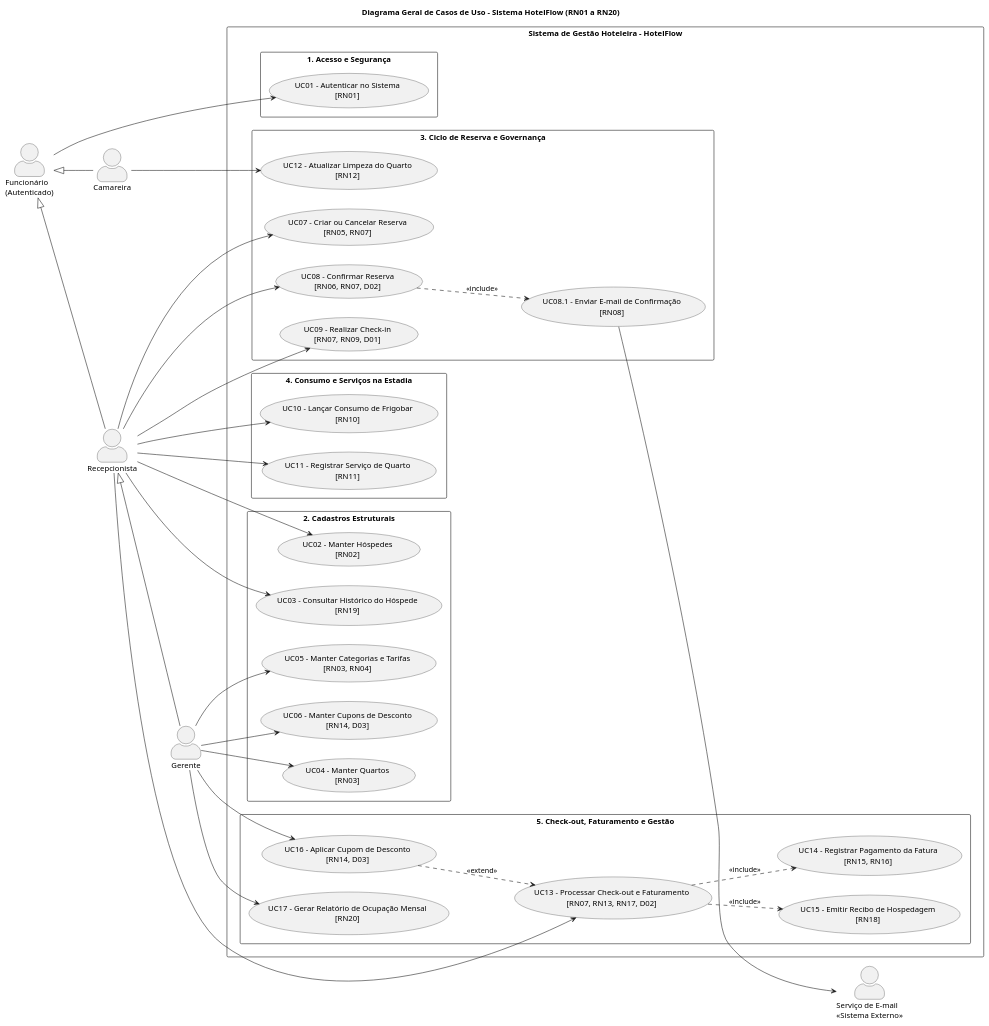
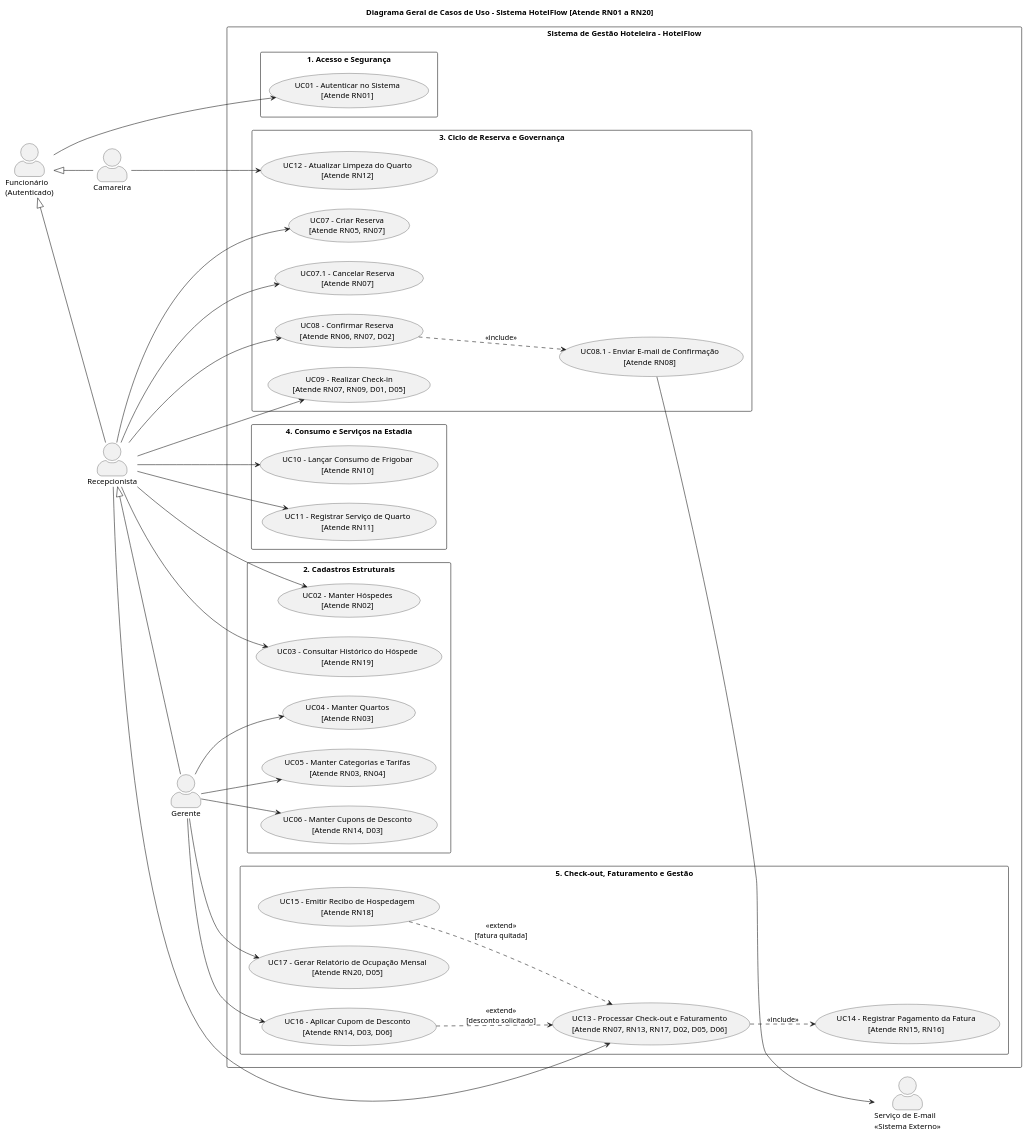
One commit to cauezim/hotelflow-senac changed the diagram in docs/E2_Atores_e_Casos_de_Uso.md. Above: the diagram before and after it, drawn with PlantUML. The commit also changed other lines of this file and 12 other files, not shown here.

Commit message:
docs(E1-E7): consolida modelagem UML completa e caderno vetorial [Atende RN01..RN20]

````diff
--- a/docs/E2_Atores_e_Casos_de_Uso.md
+++ b/docs/E2_Atores_e_Casos_de_Uso.md
@@ -82,7 +85,7 @@
 skinparam actorStyle awesome
 skinparam shadowing false
 
-title Diagrama Geral de Casos de Uso – Sistema HotelFlow (RN01 a RN20)
+title Diagrama Geral de Casos de Uso – Sistema HotelFlow [Atende RN01 a RN20]
 
 actor "Funcionário\n(Autenticado)" as Funcionario
 actor "Camareira" as Camareira
@@ -98,36 +101,37 @@
 rectangle "Sistema de Gestão Hoteleira – HotelFlow" {
 
     package "1. Acesso e Segurança" {
-        usecase "UC01 - Autenticar no Sistema\n[RN01]" as UC01
+        usecase "UC01 - Autenticar no Sistema\n[Atende RN01]" as UC01
     }
 
     package "2. Cadastros Estruturais" {
-        usecase "UC02 - Manter Hóspedes\n[RN02]" as UC02
-        usecase "UC03 - Consultar Histórico do Hóspede\n[RN19]" as UC03
-        usecase "UC04 - Manter Quartos\n[RN03]" as UC04
-        usecase "UC05 - Manter Categorias e Tarifas\n[RN03, RN04]" as UC05
-        usecase "UC06 - Manter Cupons de Desconto\n[RN14, D03]" as UC06
+        usecase "UC02 - Manter Hóspedes\n[Atende RN02]" as UC02
+        usecase "UC03 - Consultar Histórico do Hóspede\n[Atende RN19]" as UC03
+        usecase "UC04 - Manter Quartos\n[Atende RN03]" as UC04
+        usecase "UC05 - Manter Categorias e Tarifas\n[Atende RN03, RN04]" as UC05
+        usecase "UC06 - Manter Cupons de Desconto\n[Atende RN14, D03]" as UC06
     }
 
     package "3. Ciclo de Reserva e Governança" {
-        usecase "UC07 - Criar ou Cancelar Reserva\n[RN05, RN07]" as UC07
-        usecase "UC08 - Confirmar Reserva\n[RN06, RN07, D02]" as UC08
-        usecase "UC08.1 - Enviar E-mail de Confirmação\n[RN08]" as UC08_1
-        usecase "UC09 - Realizar Check-in\n[RN07, RN09, D01]" as UC09
-        usecase "UC12 - Atualizar Limpeza do Quarto\n[RN12]" as UC12
+        usecase "UC07 - Criar Reserva\n[Atende RN05, RN07]" as UC07
+        usecase "UC07.1 - Cancelar Reserva\n[Atende RN07]" as UC07_1
+        usecase "UC08 - Confirmar Reserva\n[Atende RN06, RN07, D02]" as UC08
+        usecase "UC08.1 - Enviar E-mail de Confirmação\n[Atende RN08]" as UC08_1
+        usecase "UC09 - Realizar Check-in\n[Atende RN07, RN09, D01, D05]" as UC09
+        usecase "UC12 - Atualizar Limpeza do Quarto\n[Atende RN12]" as UC12
     }
 
     package "4. Consumo e Serviços na Estadia" {
-        usecase "UC10 - Lançar Consumo de Frigobar\n[RN10]" as UC10
-        usecase "UC11 - Registrar Serviço de Quarto\n[RN11]" as UC11
+        usecase "UC10 - Lançar Consumo de Frigobar\n[Atende RN10]" as UC10
+        usecase "UC11 - Registrar Serviço de Quarto\n[Atende RN11]" as UC11
     }
 
     package "5. Check-out, Faturamento e Gestão" {
-        usecase "UC13 - Processar Check-out e Faturamento\n[RN07, RN13, RN17, D02]" as UC13
-        usecase "UC14 - Registrar Pagamento da Fatura\n[RN15, RN16]" as UC14
-        usecase "UC15 - Emitir Recibo de Hospedagem\n[RN18]" as UC15
-        usecase "UC16 - Aplicar Cupom de Desconto\n[RN14, D03]" as UC16
-        usecase "UC17 - Gerar Relatório de Ocupação Mensal\n[RN20]" as UC17
+        usecase "UC13 - Processar Check-out e Faturamento\n[Atende RN07, RN13, RN17, D02, D05, D06]" as UC13
+        usecase "UC14 - Registrar Pagamento da Fatura\n[Atende RN15, RN16]" as UC14
+        usecase "UC15 - Emitir Recibo de Hospedagem\n[Atende RN18]" as UC15
+        usecase "UC16 - Aplicar Cupom de Desconto\n[Atende RN14, D03, D06]" as UC16
+        usecase "UC17 - Gerar Relatório de Ocupação Mensal\n[Atende RN20, D05]" as UC17
     }
 }
 
@@ -137,6 +141,7 @@
 Recepcionista --> UC02
 Recepcionista --> UC03
 Recepcionista --> UC07
+Recepcionista --> UC07_1
 Recepcionista --> UC08
 Recepcionista --> UC09
 Recepcionista --> UC10
@@ -153,8 +158,8 @@
 UC08_1 --> ServicoEmail
 
 UC13 ..> UC14 : <<include>>
-UC13 ..> UC15 : <<include>>
-UC16 ..> UC13 : <<extend>>
+UC15 ..> UC13 : <<extend>>\n[fatura quitada]
+UC16 ..> UC13 : <<extend>>\n[desconto solicitado]
 
 @enduml
 ```
````
